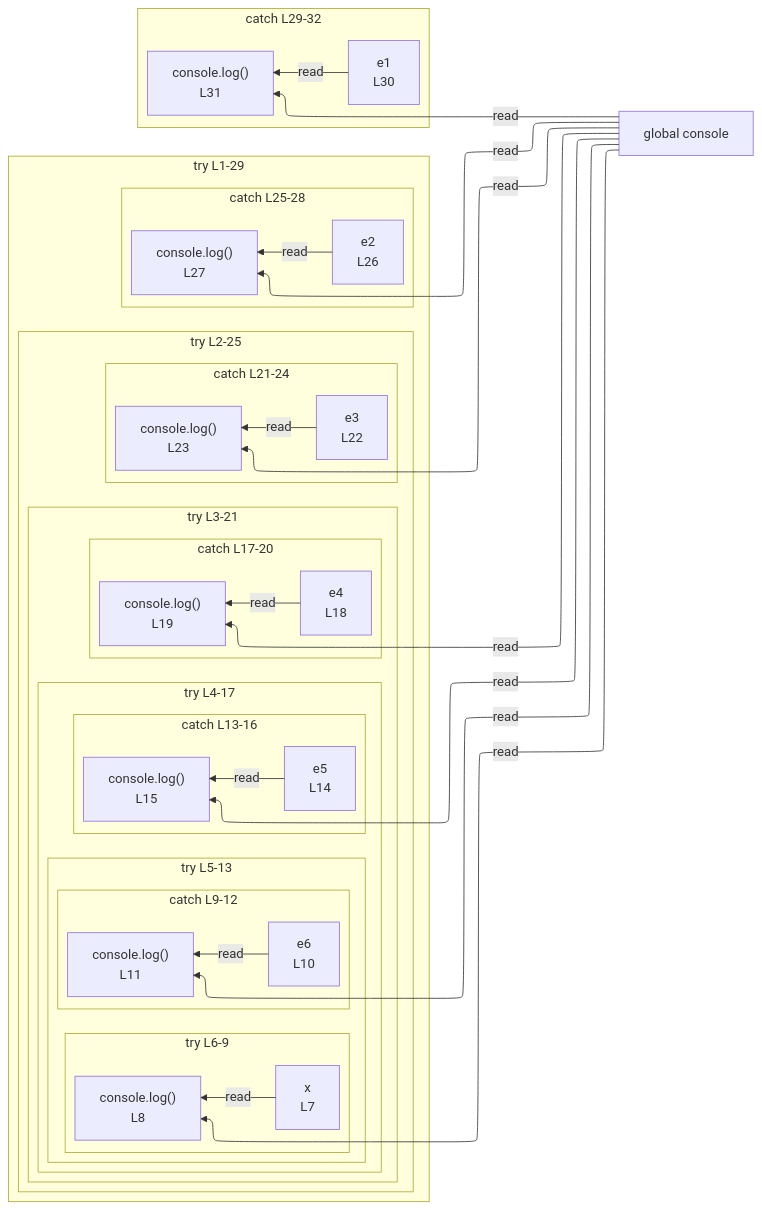
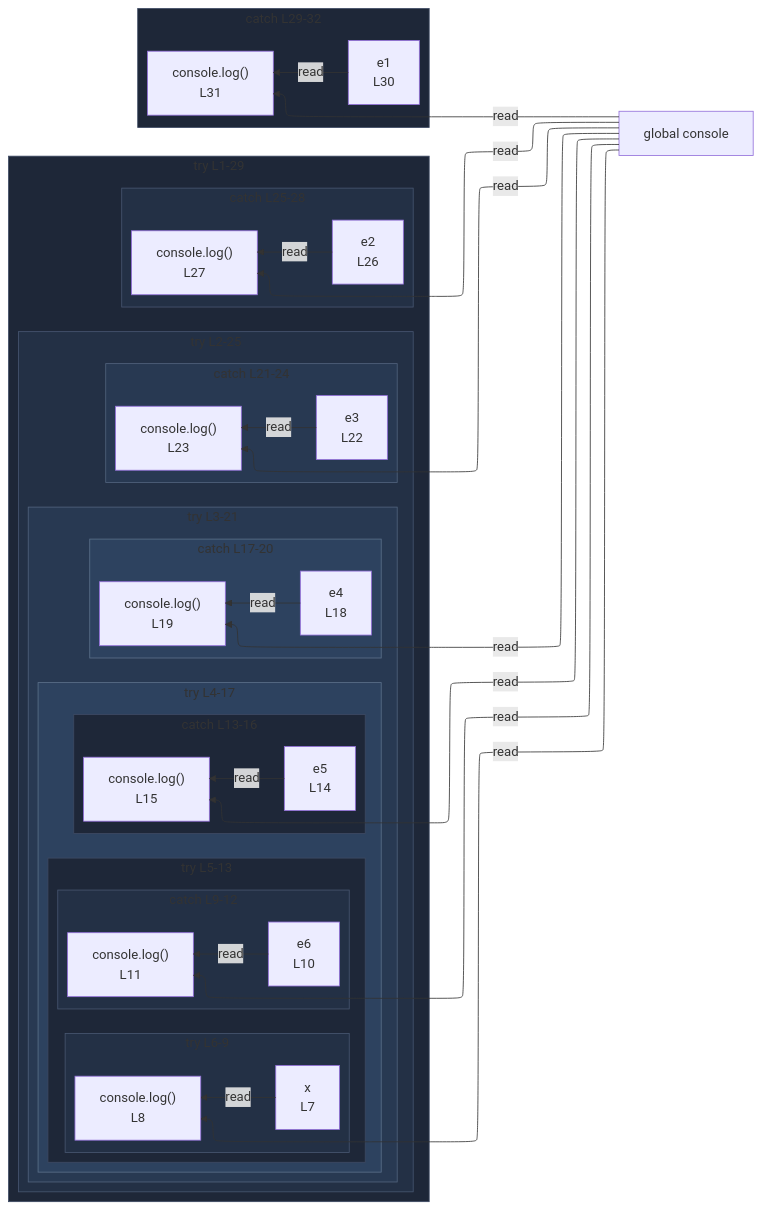
One commit to crescware/unsnarl changed the diagram in integration/fixtures/app-behavior/depth/try-catch-finally/depth-6/preview.md. Above: the diagram before and after it, drawn with Mermaid. The commit also changed 249 other files, not shown here.

First line of the commit message:
Color Mermaid subgraphs by nesting depth via theme palette

````diff
--- a/integration/fixtures/app-behavior/depth/try-catch-finally/depth-6/preview.md
+++ b/integration/fixtures/app-behavior/depth/try-catch-finally/depth-6/preview.md
@@ -113,4 +113,20 @@
   n_scope_11_e2_453 -->|read| expr_stmt_468
   n_scope_0_console_103 -->|read| expr_stmt_520
   n_scope_12_e1_507 -->|read| expr_stmt_520
+  classDef nestL1 fill:#1e2738,stroke:#3d4a63;
+  class s_scope_1 nestL1;
+  class s_scope_5 nestL1;
+  class s_scope_8 nestL1;
+  class s_scope_12 nestL1;
+  classDef nestL2 fill:#233045,stroke:#475670;
+  class s_scope_2 nestL2;
+  class s_scope_6 nestL2;
+  class s_scope_7 nestL2;
+  class s_scope_11 nestL2;
+  classDef nestL3 fill:#283952,stroke:#51637d;
+  class s_scope_3 nestL3;
+  class s_scope_10 nestL3;
+  classDef nestL4 fill:#2d425f,stroke:#5b708a;
+  class s_scope_4 nestL4;
+  class s_scope_9 nestL4;
 ```
````
